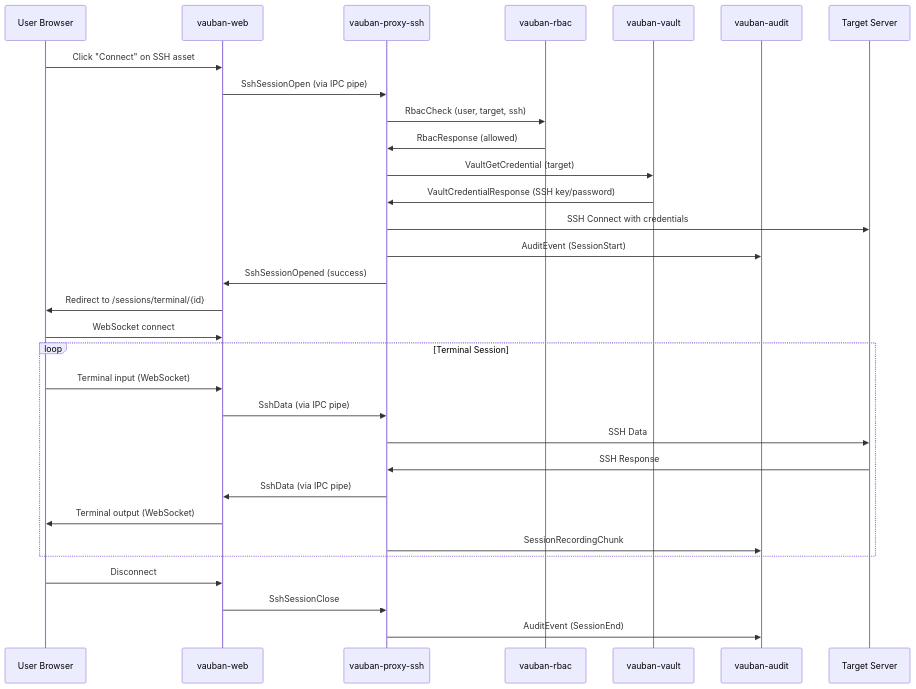
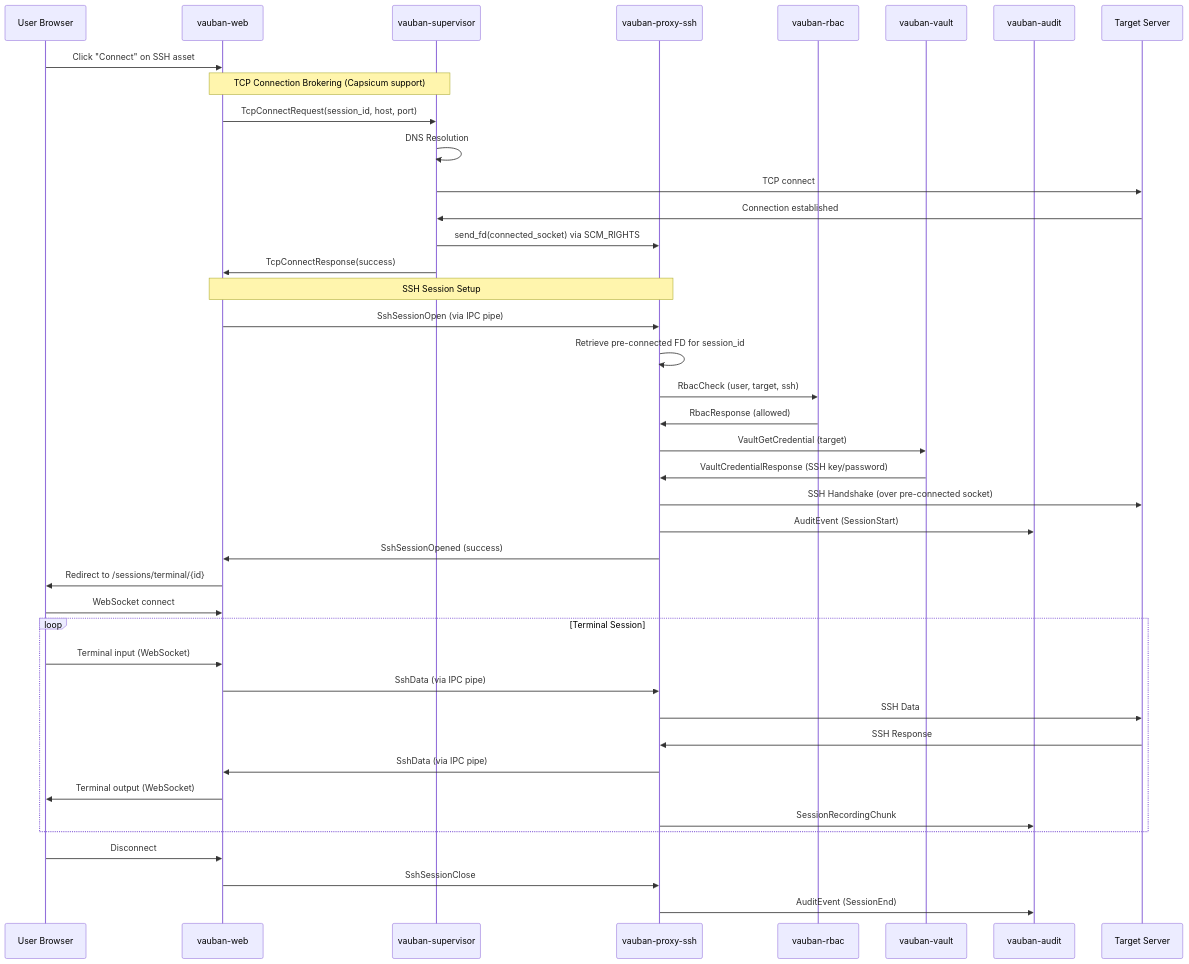
Before and after one commit to rbenaley/Vauban: the tenth of 10 diagrams in docs/technical/Vauban_Privsep_Architecture_EN(1.1).md, drawn with Mermaid. The commit also changed other lines of this file and 13 other files, not shown here.

````diff
--- a/docs/technical/Vauban_Privsep_Architecture_EN(1.1).md
+++ b/docs/technical/Vauban_Privsep_Architecture_EN(1.1).md
@@ -926,36 +1102,48 @@
 ```mermaid
 sequenceDiagram
     participant U as User Browser
     participant W as vauban-web
+    participant S as vauban-supervisor
     participant P as vauban-proxy-ssh
     participant R as vauban-rbac
     participant V as vauban-vault
     participant Au as vauban-audit
     participant T as Target Server
 
     U->>W: Click "Connect" on SSH asset
+    
+    Note over W,S: TCP Connection Brokering (Capsicum support)
+    W->>S: TcpConnectRequest(session_id, host, port)
+    S->>S: DNS Resolution
+    S->>T: TCP connect
+    T->>S: Connection established
+    S->>P: send_fd(connected_socket) via SCM_RIGHTS
+    S->>W: TcpConnectResponse(success)
+    
+    Note over W,P: SSH Session Setup
     W->>P: SshSessionOpen (via IPC pipe)
+    P->>P: Retrieve pre-connected FD for session_id
     P->>R: RbacCheck (user, target, ssh)
     R->>P: RbacResponse (allowed)
     P->>V: VaultGetCredential (target)
     V->>P: VaultCredentialResponse (SSH key/password)
-    P->>T: SSH Connect with credentials
+    P->>T: SSH Handshake (over pre-connected socket)
     P->>Au: AuditEvent (SessionStart)
     P->>W: SshSessionOpened (success)
     W->>U: Redirect to /sessions/terminal/{id}
     U->>W: WebSocket connect
     
     loop Terminal Session
         U->>W: Terminal input (WebSocket)
         W->>P: SshData (via IPC pipe)
         P->>T: SSH Data
         T->>P: SSH Response
         P->>W: SshData (via IPC pipe)
         W->>U: Terminal output (WebSocket)
         P->>Au: SessionRecordingChunk
     end
     
     U->>W: Disconnect
     W->>P: SshSessionClose
     P->>Au: AuditEvent (SessionEnd)
 ```
````
